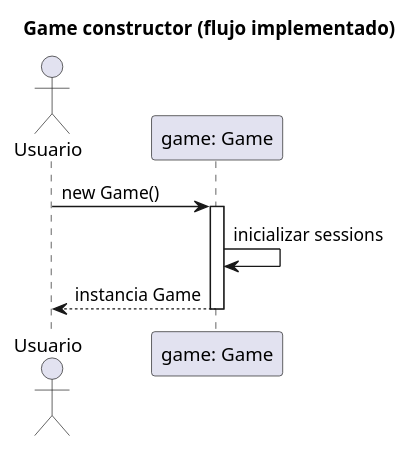
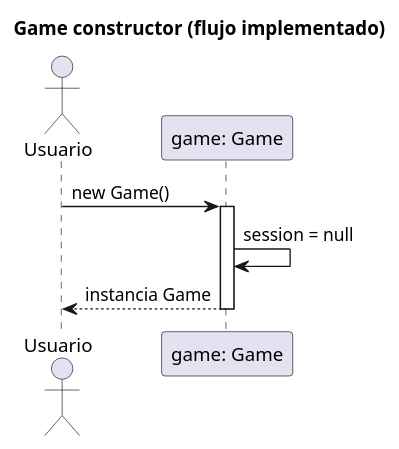
Before and after one commit to PaglkG/ProyectoFinal-Dopo: the first of 9 diagrams in docs/uml/domain-sequences.puml, drawn with PlantUML. The commit also changed other lines of this file and 19 other files, not shown here.

```diff
--- a/docs/uml/domain-sequences.puml
+++ b/docs/uml/domain-sequences.puml
@@ -1,8 +1,8 @@
 @startuml
 title Game constructor (flujo implementado)
 actor Usuario
 participant "game: Game" as G
 Usuario -> G ++: new Game()
-G -> G: inicializar sessions
+  G -> G: session = null
 G --> Usuario --: instancia Game
 @enduml
```
